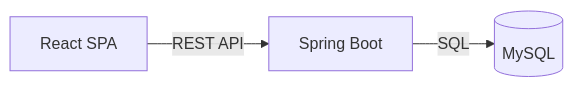
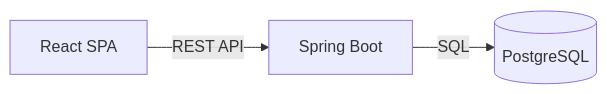
Before and after one commit to Ryo-Hideshima/AI_course: the diagram in docs/tech-stack.md, drawn with Mermaid. The commit also changed other lines of this file and 3 other files, not shown here.

First line of the commit message:
Add free drag reordering with sort buttons; switch DB to PostgreSQL

````diff
--- a/docs/tech-stack.md
+++ b/docs/tech-stack.md
@@ -9,5 +9,5 @@
 ```mermaid
 flowchart LR
     A[React SPA] -- REST API --> B[Spring Boot]
-    B -- SQL --> C[(MySQL)]
+    B -- SQL --> C[(PostgreSQL)]
 ```
````
